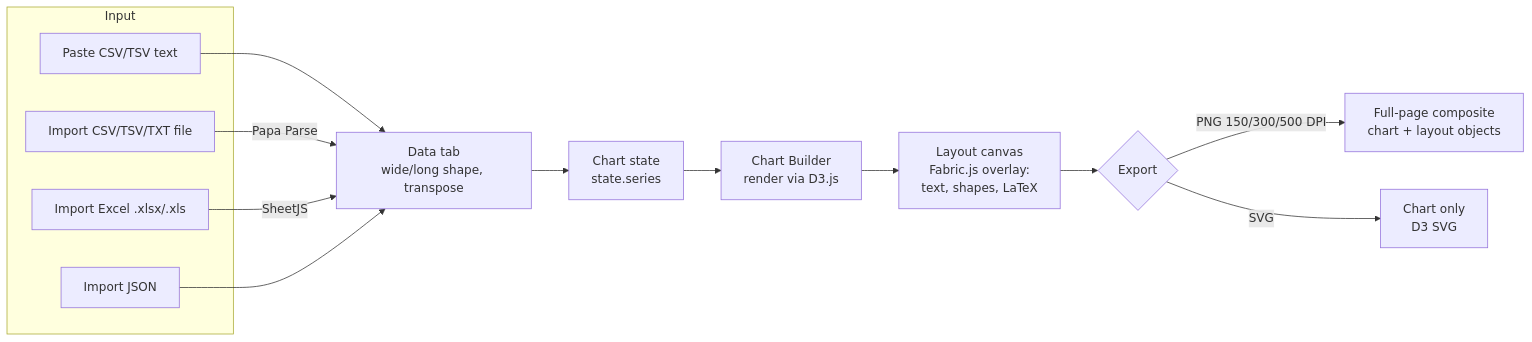
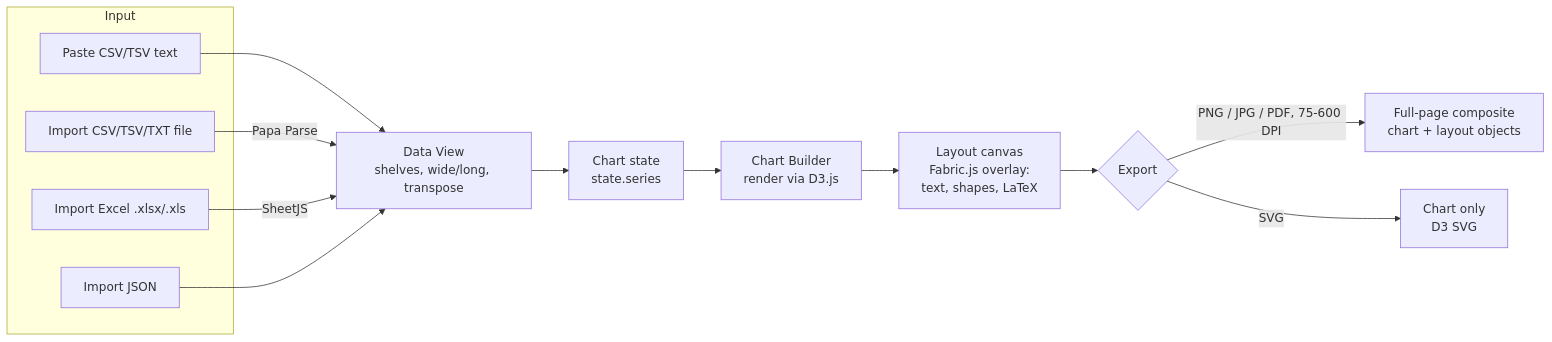
The first of 2 diagrams in README.md (Defani/Ploots-click), drawn with Mermaid before and after one commit. The commit also changed other lines of this file and 38 other files, not shown here.

First line of the commit message:
README: new screenshots of every UI and chart type

````diff
--- a/README.md
+++ b/README.md
@@ -142,21 +242,21 @@
 ```mermaid
 flowchart LR
     subgraph Input
         A1[Paste CSV/TSV text]
         A2[Import CSV/TSV/TXT file]
         A3[Import Excel .xlsx/.xls]
         A4[Import JSON]
     end
 
     A1 --> B
     A2 -- Papa Parse --> B
     A3 -- SheetJS --> B
     A4 --> B
 
-    B[Data tab<br/>wide/long shape, transpose] --> C[Chart state<br/>state.series]
+    B[Data View<br/>shelves, wide/long, transpose] --> C[Chart state<br/>state.series]
     C --> D[Chart Builder<br/>render via D3.js]
     D --> E[Layout canvas<br/>Fabric.js overlay:<br/>text, shapes, LaTeX]
     E --> F{Export}
-    F -- PNG 150/300/500 DPI --> G1[Full-page composite<br/>chart + layout objects]
+    F -- PNG / JPG / PDF, 75-600 DPI --> G1[Full-page composite<br/>chart + layout objects]
     F -- SVG --> G2[Chart only<br/>D3 SVG]
 ```
````
